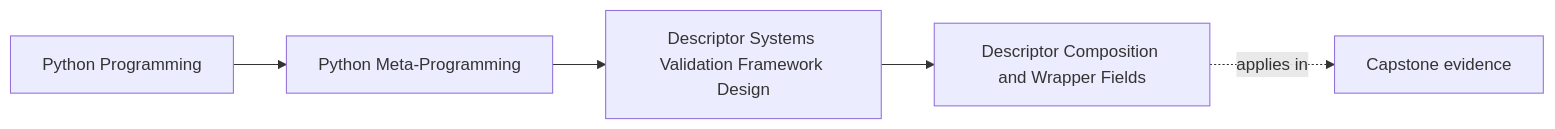
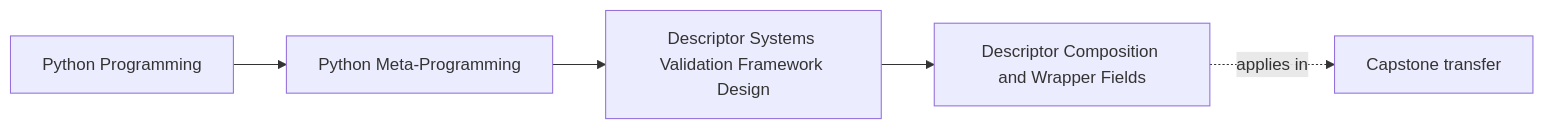
The first of 3 diagrams in programs/python-programming/python-meta-programming/course-book/module-08-descriptor-systems-validation-framework-design/descriptor-composition-and-wrapper-fields.md (bijux/bijux-masterclass), drawn with Mermaid before and after one commit. The commit also changed other lines of this file, not shown here.

````diff
--- a/programs/python-programming/python-meta-programming/course-book/module-08-descriptor-systems-validation-framework-design/descriptor-composition-and-wrapper-fields.md
+++ b/programs/python-programming/python-meta-programming/course-book/module-08-descriptor-systems-validation-framework-design/descriptor-composition-and-wrapper-fields.md
@@ -7,11 +6,11 @@
 ```mermaid
 graph LR
   family["Python Programming"]
   program["Python Meta-Programming"]
   section["Descriptor Systems Validation Framework Design"]
   page["Descriptor Composition and Wrapper Fields"]
-  capstone["Capstone evidence"]
+  capstone["Capstone transfer"]
 
   family --> program --> section --> page
   page -.applies in.-> capstone
 ```
````
